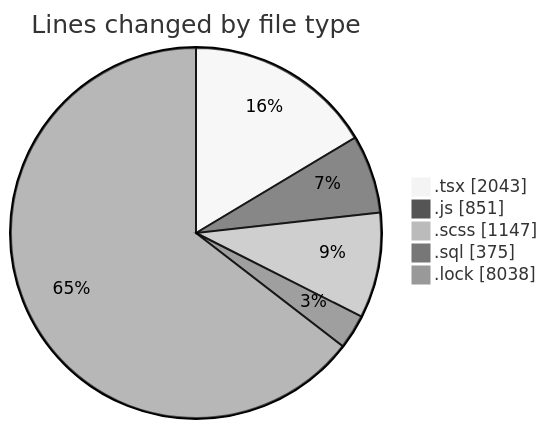
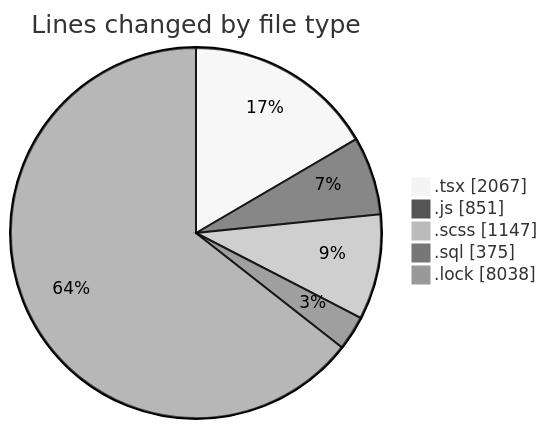
One commit to momahboobian/code-tracking changed the first of 2 diagrams in 2025-03-18/cda/README.md. Above: the diagram before and after it, drawn with Mermaid (neutral theme). The commit also changed other lines of this file and 1 other file, not shown here.

````diff
--- a/2025-03-18/cda/README.md
+++ b/2025-03-18/cda/README.md
@@ -34,9 +34,9 @@
 ```mermaid
 pie showData
 title Lines changed by file type
-".tsx" : 2043
+".tsx" : 2067
 ".js" : 851
 ".scss" : 1147
 ".sql" : 375
 ".lock" : 8038
 ```
````
